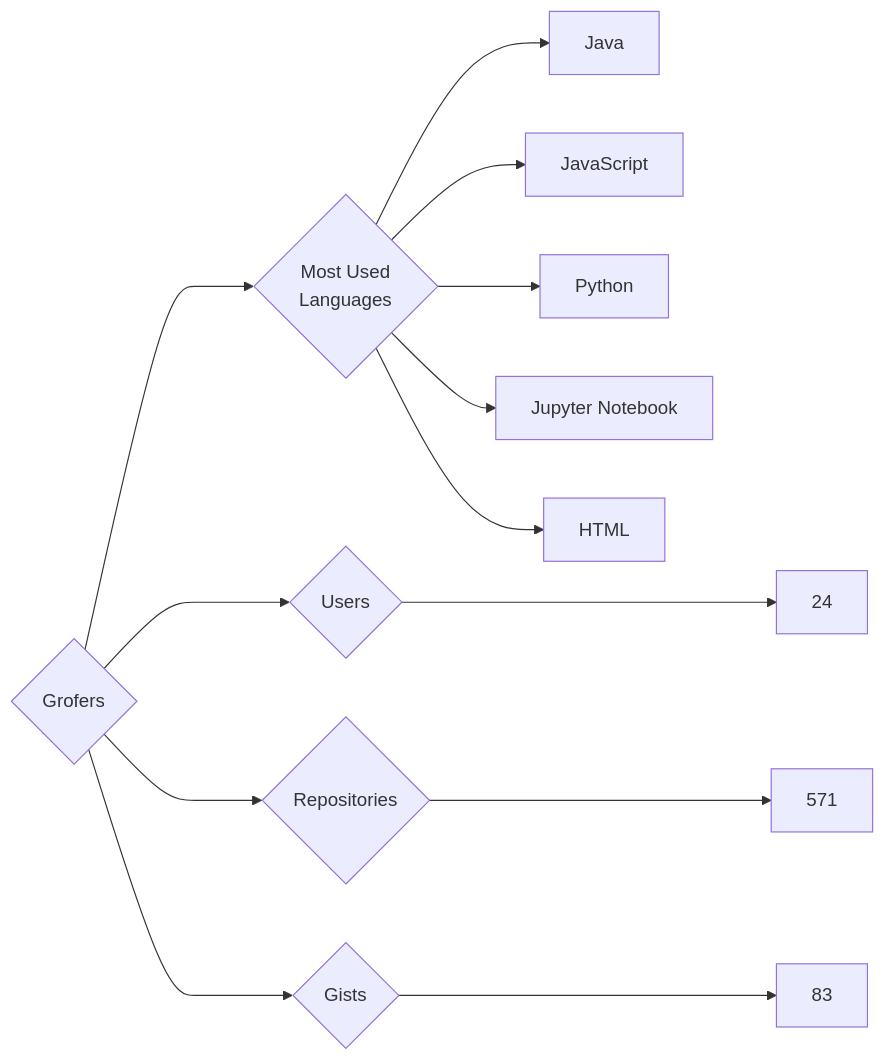
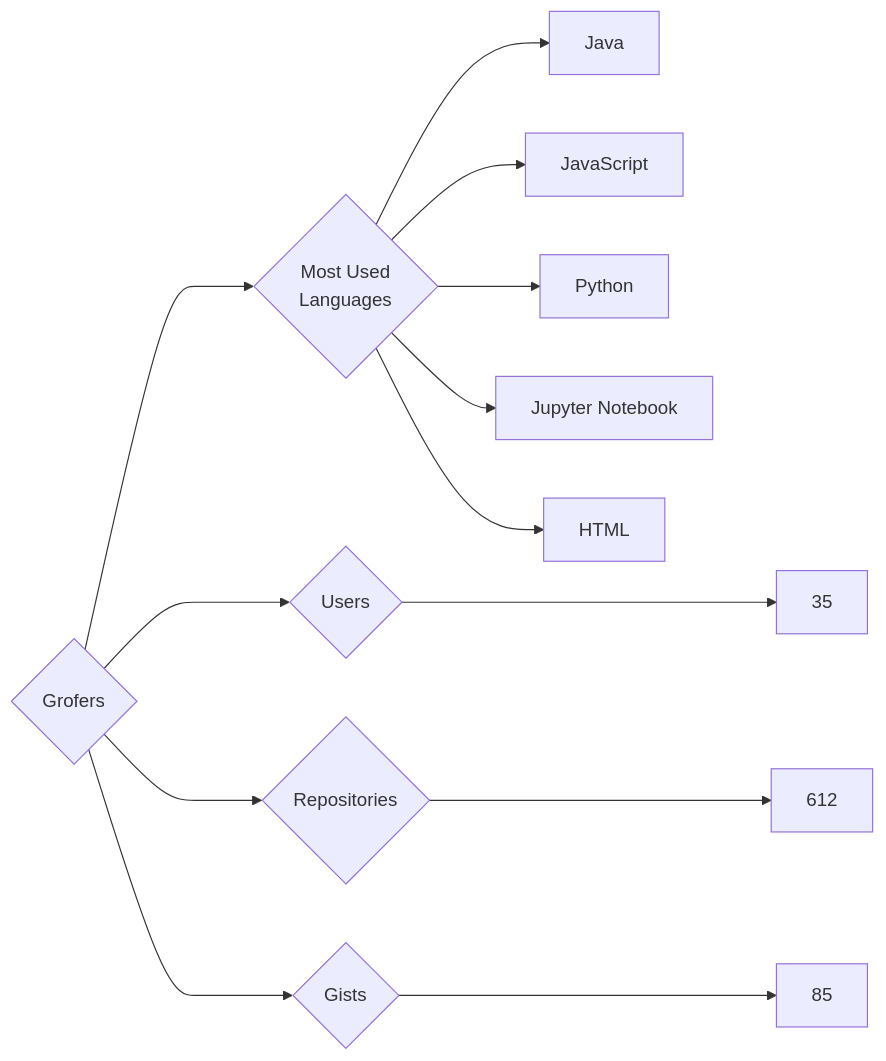
One commit to trickest/insiders changed the diagram in targets/Grofers/README.md. Above: the diagram before and after it, drawn with Mermaid. The commit also changed 998 other files, not shown here.

````diff
--- a/targets/Grofers/README.md
+++ b/targets/Grofers/README.md
@@ -3,13 +3,13 @@
 ```mermaid
 graph LR
 COMPANY_NAME{Grofers}
-COMPANY_NAME ---> U{Users} ---> UN[24]
-COMPANY_NAME ---> R{Repositories} ---> RN[571]
-COMPANY_NAME ---> G{Gists} ---> GN[83]
+COMPANY_NAME ---> U{Users} ---> UN[35]
+COMPANY_NAME ---> R{Repositories} ---> RN[612]
+COMPANY_NAME ---> G{Gists} ---> GN[85]
 COMPANY_NAME ---> ML{Most Used<br>Languages}
 ML --> Java[Java]
 ML --> JavaScript[JavaScript]
 ML --> Python[Python]
 ML --> Jupyter_Notebook[Jupyter Notebook]
 ML --> HTML[HTML]
 ```
````
